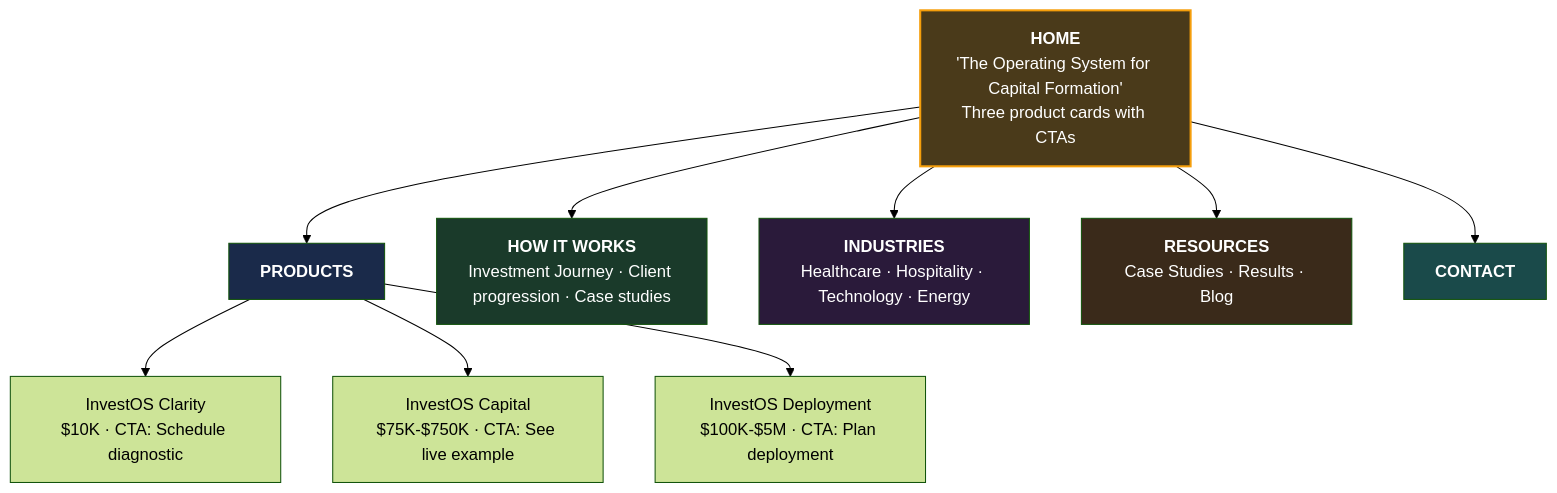
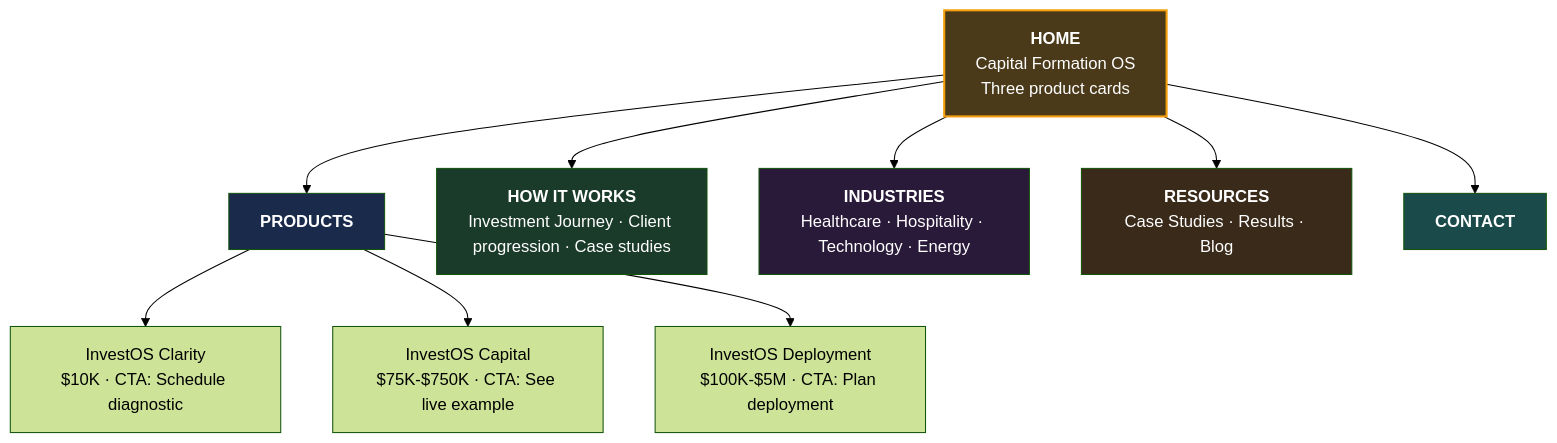
The sixth of 6 diagrams in InvestOS/INVESTOS_MASTER_OVERVIEW.md (Light-Brands/qie), drawn with Mermaid (forest theme) before and after one commit. The commit also changed other lines of this file and 4 other files, not shown here.

First line of the commit message:
Fix Mermaid diagram label truncation across all docs

````diff
--- a/InvestOS/INVESTOS_MASTER_OVERVIEW.md
+++ b/InvestOS/INVESTOS_MASTER_OVERVIEW.md
@@ -759,19 +759,19 @@
 ```mermaid
 flowchart TD
-    HOME["<b>HOME</b><br/>'The Operating System for Capital Formation'<br/>Three product cards with CTAs"]
+    HOME["<b>HOME</b><br/>Capital Formation OS<br/>Three product cards"]
     HOME --> PRODUCTS["<b>PRODUCTS</b>"]
     PRODUCTS --> PIC["InvestOS Clarity<br/>$10K · CTA: Schedule diagnostic"]
     PRODUCTS --> PII["InvestOS Capital<br/>$75K-$750K · CTA: See live example"]
     PRODUCTS --> PID["InvestOS Deployment<br/>$100K-$5M · CTA: Plan deployment"]
     HOME --> HOW["<b>HOW IT WORKS</b><br/>Investment Journey · Client progression · Case studies"]
     HOME --> IND["<b>INDUSTRIES</b><br/>Healthcare · Hospitality · Technology · Energy"]
     HOME --> RES["<b>RESOURCES</b><br/>Case Studies · Results · Blog"]
     HOME --> CON["<b>CONTACT</b>"]
 
     style HOME fill:#4a3a1a,color:#fff,stroke:#f59e0b,stroke-width:2px
     style PRODUCTS fill:#1a2a4a,color:#fff
     style HOW fill:#1a3a2a,color:#fff
     style IND fill:#2a1a3a,color:#fff
     style RES fill:#3a2a1a,color:#fff
     style CON fill:#1a4a4a,color:#fff
 ```
````
